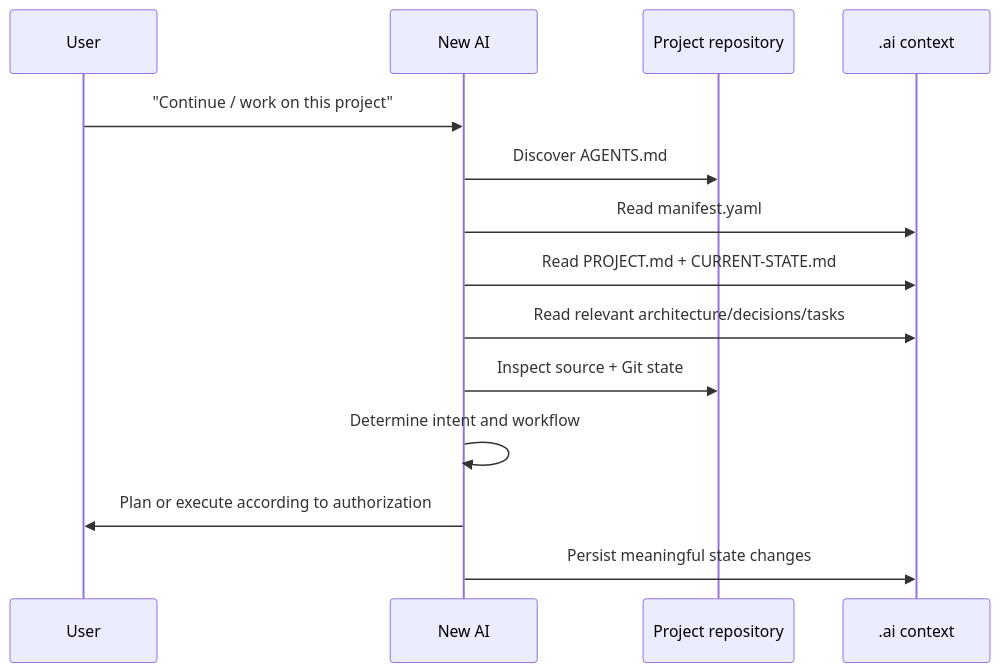
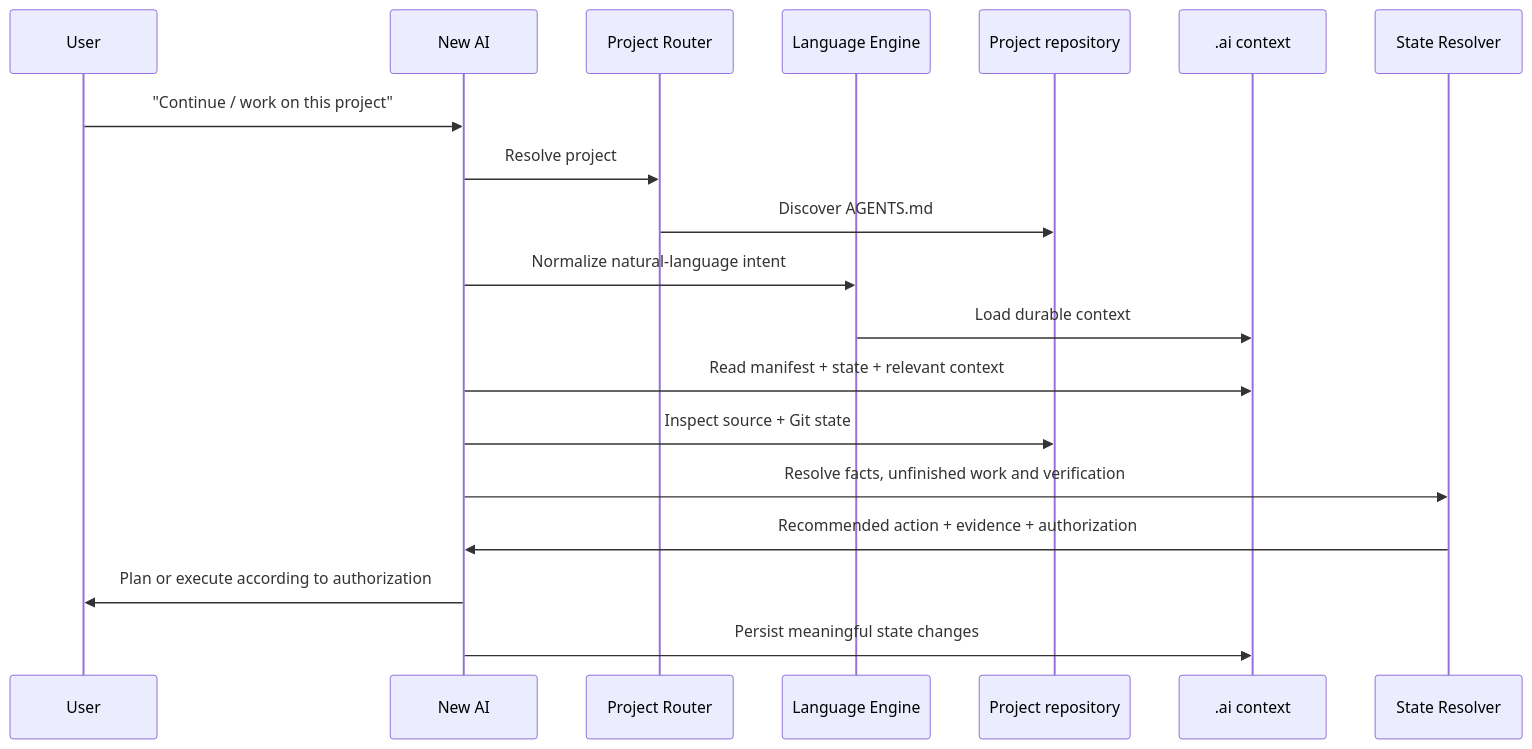
The third of 3 diagrams in docs/ARCHITECTURE.md (zzpsah/chatgpt-development-os), drawn with Mermaid before and after one commit. The commit also changed other lines of this file, not shown here.

Commit message:
docs: integrate language engine and state resolver architecture

````diff
--- a/docs/ARCHITECTURE.md
+++ b/docs/ARCHITECTURE.md
@@ -79,17 +83,22 @@
 ```mermaid
 sequenceDiagram
     participant U as User
     participant A as New AI
+    participant R as Project Router
+    participant E as Language Engine
     participant G as Project repository
     participant C as .ai context
+    participant S as State Resolver
 
     U->>A: "Continue / work on this project"
-    A->>G: Discover AGENTS.md
-    A->>C: Read manifest.yaml
-    A->>C: Read PROJECT.md + CURRENT-STATE.md
-    A->>C: Read relevant architecture/decisions/tasks
+    A->>R: Resolve project
+    R->>G: Discover AGENTS.md
+    A->>E: Normalize natural-language intent
+    E->>C: Load durable context
+    A->>C: Read manifest + state + relevant context
     A->>G: Inspect source + Git state
-    A->>A: Determine intent and workflow
+    A->>S: Resolve facts, unfinished work and verification
+    S->>A: Recommended action + evidence + authorization
     A->>U: Plan or execute according to authorization
     A->>C: Persist meaningful state changes
 ```
````
